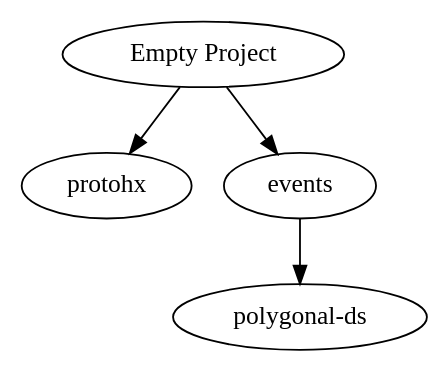
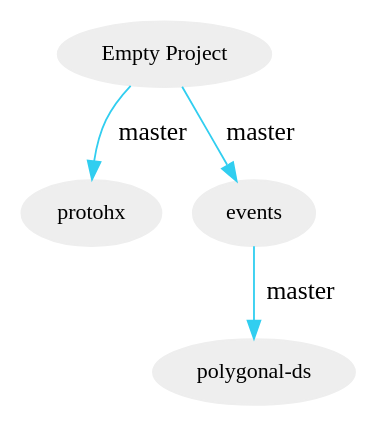
One commit to gameduell/duell changed the diagram in bin/graphviz/dotFile.dot. Above: the diagram before and after it, drawn with Graphviz. The commit also changed 5 other files, not shown here.

Commit message:
- added base format to graph - edges are labeled with version number

```diff
--- a/bin/graphviz/dotFile.dot
+++ b/bin/graphviz/dotFile.dot
@@ -1,5 +1,10 @@
 digraph G {
-    "Empty Project" -> "protohx";
-    "Empty Project" -> "events";
-    "events" -> "polygonal-ds";
+    node [fontname=Verdana,fontsize=12]
+    node [style=filled]
+    node [fillcolor="#EEEEEE"]
+    node [color="#EEEEEE"]
+    edge [color="#31CEF0"]
+    "Empty Project" -> "protohx" [label="master"];
+    "Empty Project" -> "events" [label="master"];
+    "events" -> "polygonal-ds" [label="master"];
 }
```
